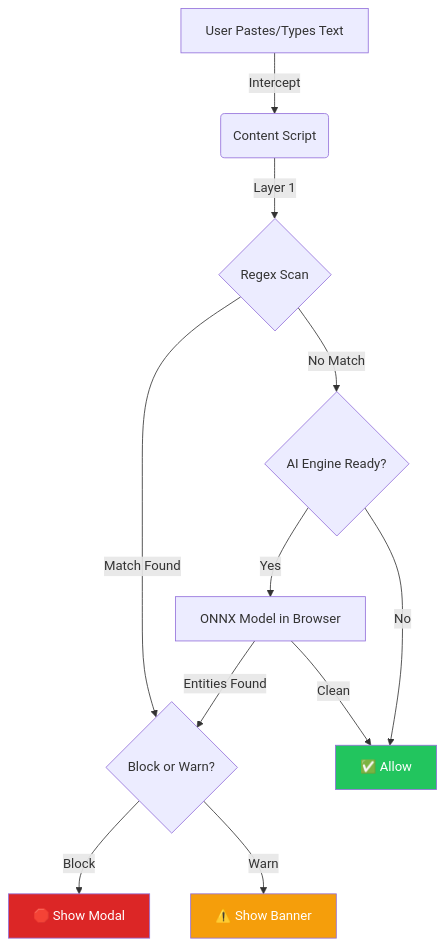
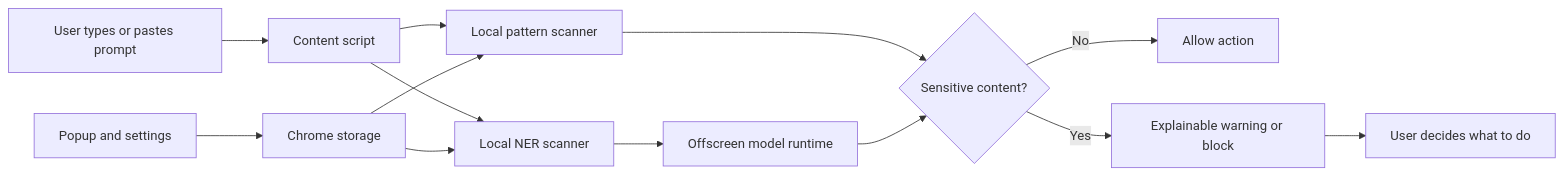
The diagram in README.md (gokulrajmisox/GATEKEEP.AI), drawn with Mermaid before and after one commit. The commit also changed other lines of this file and 4 other files, not shown here.

````diff
--- a/README.md
+++ b/README.md
@@ -62,17 +43,15 @@
 ```mermaid
-graph TD
-    A[User Pastes/Types Text] -->|Intercept| B(Content Script)
-    B -->|Layer 1| C{Regex Scan}
-    C -->|Match Found| D{Block or Warn?}
-    D -->|Block| E[🛑 Show Modal]
-    D -->|Warn| F[⚠️ Show Banner]
-    C -->|No Match| G{AI Engine Ready?}
-    G -->|Yes| H[ONNX Model in Browser]
-    H -->|Entities Found| D
-    H -->|Clean| I[✅ Allow]
-    G -->|No| I
-
-    style E fill:#dc2626,color:#fff
-    style F fill:#f59e0b,color:#fff
-    style I fill:#22c55e,color:#fff
+flowchart LR
+    A[User types or pastes prompt] --> B[Content script]
+    B --> C[Local pattern scanner]
+    B --> D[Local NER scanner]
+    D --> E[Offscreen model runtime]
+    C --> F{Sensitive content?}
+    E --> F
+    F -->|No| G[Allow action]
+    F -->|Yes| H[Explainable warning or block]
+    H --> I[User decides what to do]
+    J[Popup and settings] --> K[Chrome storage]
+    K --> C
+    K --> D
 ```
````
